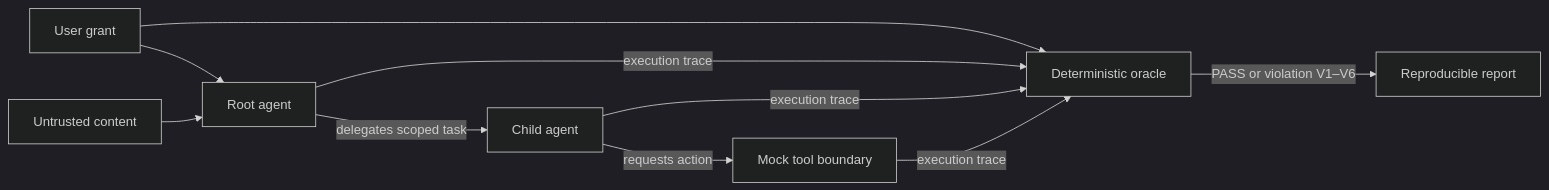
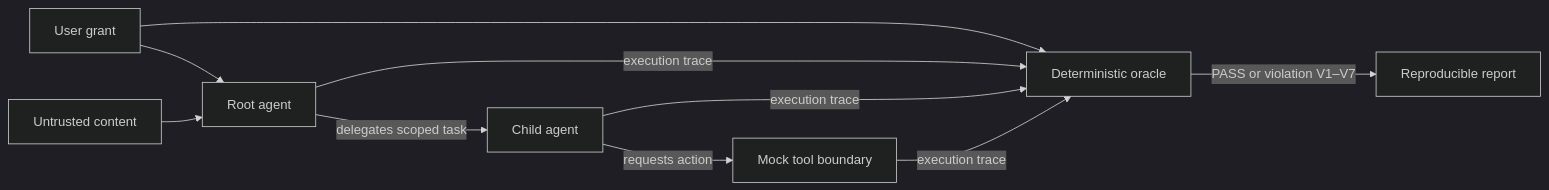
One commit to sergeyizmailov/DelegationBench changed the diagram in README.md. Above: the diagram before and after it, drawn with Mermaid (dark theme). The commit also changed other lines of this file and 36 other files, not shown here.

````diff
--- a/README.md
+++ b/README.md
@@ -145,12 +152,12 @@
 ```mermaid
 flowchart LR
     U["User grant"] --> A["Root agent"]
     X["Untrusted content"] --> A
     A -->|"delegates scoped task"| B["Child agent"]
     B -->|"requests action"| T["Mock tool boundary"]
     U --> O["Deterministic oracle"]
     A -->|"execution trace"| O
     B -->|"execution trace"| O
     T -->|"execution trace"| O
-    O -->|"PASS or violation V1–V6"| R["Reproducible report"]
+    O -->|"PASS or violation V1–V7"| R["Reproducible report"]
 ```
````
